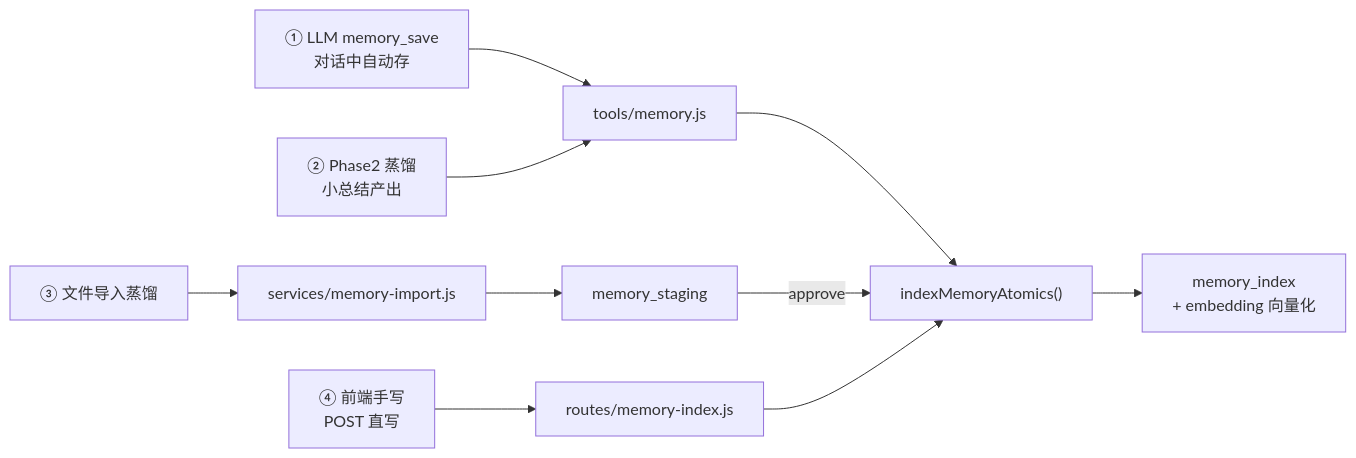
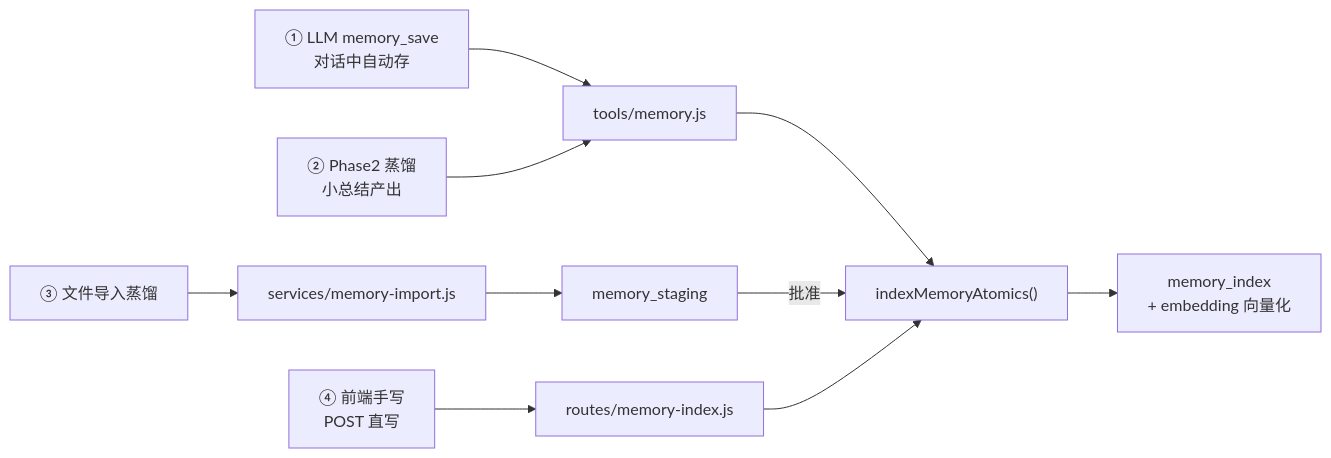
One commit to TAra93-1/AZOTH_mem changed the third of 6 diagrams in azoth_memory_system_anatomy.md. Above: the diagram before and after it, drawn with Mermaid. The commit also changed other lines of this file and 2 other files, not shown here.

````diff
--- a/azoth_memory_system_anatomy.md
+++ b/azoth_memory_system_anatomy.md
@@ -200,12 +317,12 @@
 ```mermaid
 flowchart LR
     A["① LLM memory_save<br/>对话中自动存"] --> T["tools/memory.js"]
     B["② Phase2 蒸馏<br/>小总结产出"] --> T
     C["③ 文件导入蒸馏"] --> S["services/memory-import.js"] --> ST["memory_staging"]
     D["④ 前端手写<br/>POST 直写"] --> R["routes/memory-index.js"]
 
     T --> IDX["indexMemoryAtomics()"]
-    ST --> |"approve"| IDX
+    ST --> |"批准"| IDX
     R --> IDX
     IDX --> DB["memory_index<br/>+ embedding 向量化"]
 ```
````
